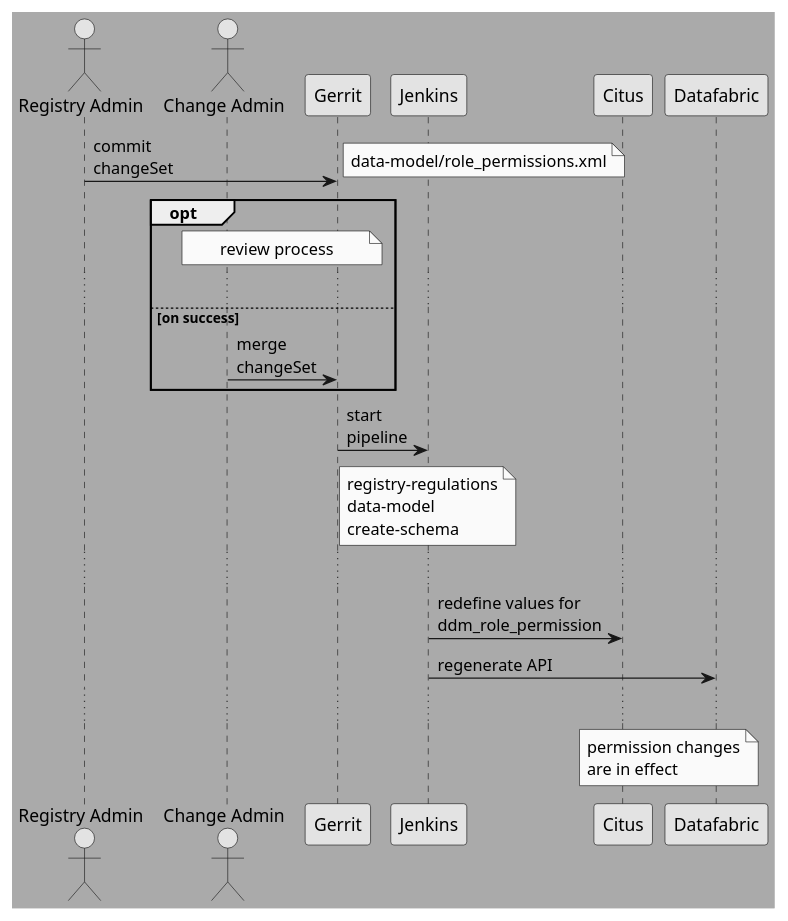
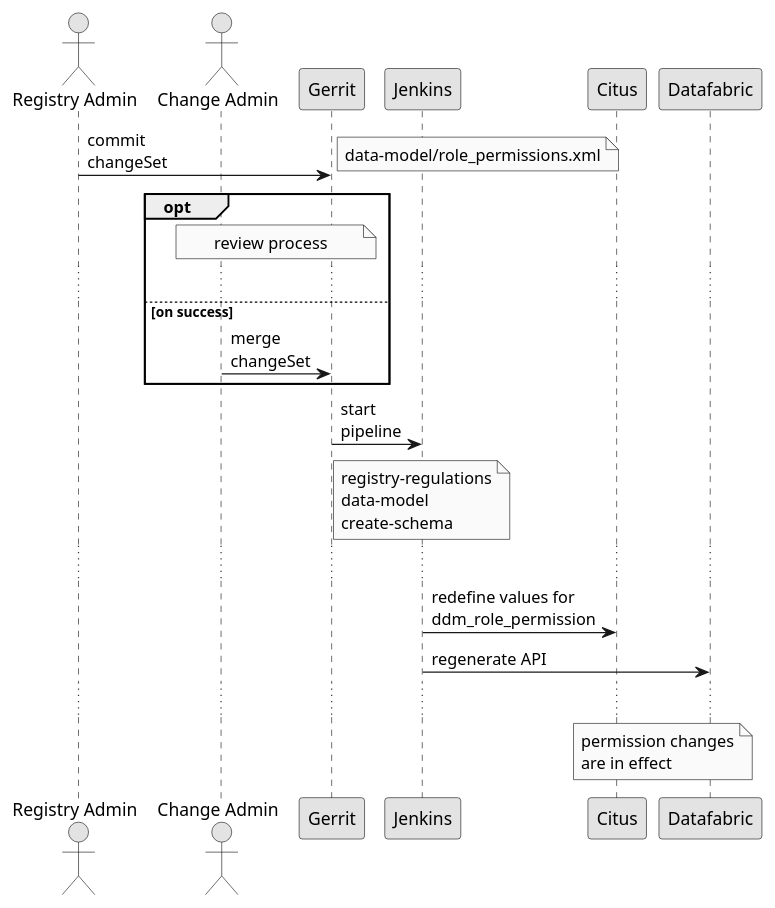
Before and after one commit to epam/edp-ddm-architecture: the diagram in modules/ROOT/partials/datafactory/rbac_change_permissions.puml, drawn with PlantUML. The commit also changed 3 other files, not shown here.

```diff
--- a/modules/ROOT/partials/datafactory/rbac_change_permissions.puml
+++ b/modules/ROOT/partials/datafactory/rbac_change_permissions.puml
@@ -1,26 +1,26 @@
 @startuml
 skinparam monochrome true
-skinparam backgroundColor #aaaaaa
+'skinparam backgroundColor #aaaaaa
 
 Actor "Registry Admin" as RegAdmin
 Actor "Change Admin" as ChAdmin
 participant Gerrit
 
 RegAdmin -> Gerrit: commit\nchangeSet
 note right: data-model/role_permissions.xml
 opt
 note over ChAdmin, Gerrit: review process
 ...
 else on success
 ChAdmin -> Gerrit: merge\nchangeSet
 
 end
 Gerrit -> Jenkins: start\npipeline
 note over Jenkins: registry-regulations\ndata-model\ncreate-schema
 ...
 Jenkins -> Citus: redefine values for\nddm_role_permission
 Jenkins -> Datafabric: regenerate API
 ...
 note over Citus,Datafabric:permission changes\nare in effect
 
 @enduml
```
